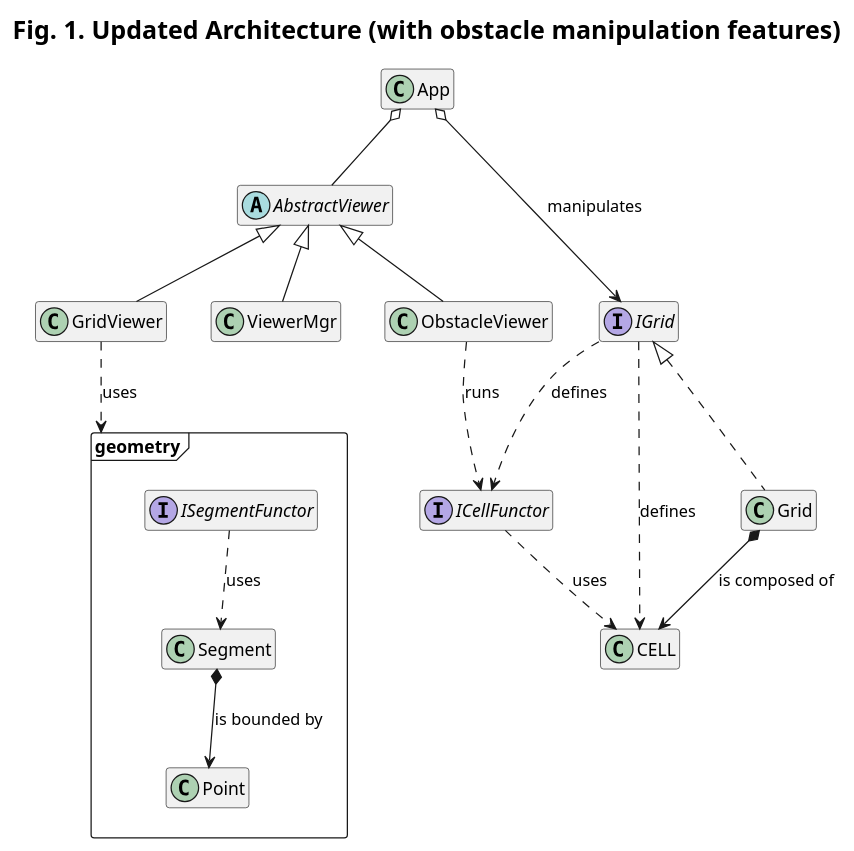
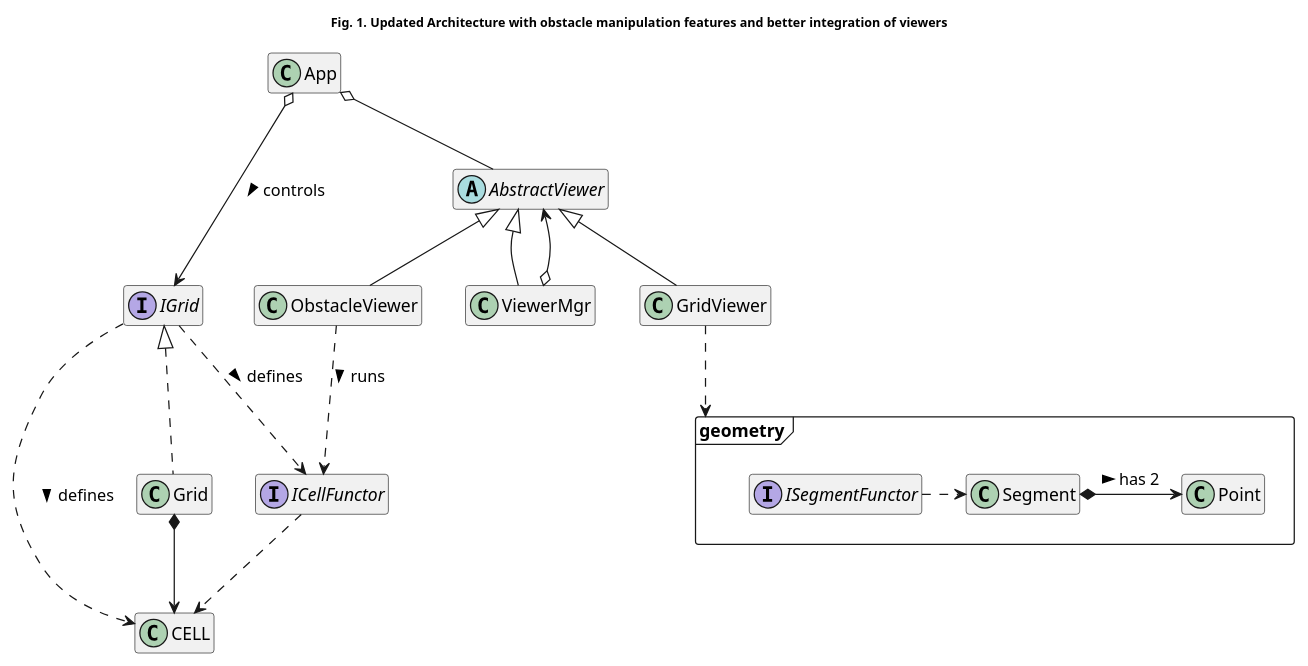
Before and after one commit to kanmeugne/kanmeugne.github.io: the first of 4 diagrams in _posts/modsim/2020-10-04-2d-grid-obstacles.md, drawn with PlantUML. The commit also changed other lines of this file and 2 other files, not shown here.

Commit message:
improve graphics and article structure

```diff
--- a/_posts/modsim/2020-10-04-2d-grid-obstacles.md
+++ b/_posts/modsim/2020-10-04-2d-grid-obstacles.md
@@ -19,73 +19,71 @@
 {% plantuml %}
 @startuml
-title: <size:20>Fig. 1. Updated Architecture (with obstacle manipulation features)</size>
+title: <size:10>Fig. 1. Updated Architecture with obstacle manipulation features and better integration of viewers</size>
 package geometry <<Frame>>
 {
     class Point {
         + int x
         + int y
     }
     class Segment {
         + Point init
         + Point end
     }
     interface ISegmentFunctor {
         + virtual void operator(const Segment&)
     }
 }
 interface ICellFunctor {
     + virtual void operator(const CELL)
 }
 abstract class AbstractViewer {
     + virtual void iActivate()
     + virtual void iDeactivate()
     + virtual void iIsActive() const
     + virtual void iSetApp(App*)
     + virtual void iDisplay();
     # {abstract} virtual void iDraw()
     # bool _active = false
 }
 class App {
-    ...
-    .. obstacle-related actions ..
     + void addObstacle(int, int)
     + void removeObstacle(int, int)
 }
 class CELL {
     + int id
     + int state
 }
 class GridViewer extends AbstractViewer {
     - void drawLines(geometry::ISegmentFunctor&)
     + void initialize()
 }
 class ViewerMgr extends AbstractViewer {
-    - vector<AbstractManager*> viewers
     + void iAddViewer(AbstractManager*)
 }
 class ObstacleViewer extends AbstractViewer {
     - drawObstacles(ICellFunctor&)
 }
 interface IGrid {
     ...
     .. functor broadcast ..
 	+ virtual void iApplyOnCells(ICellFunctor&) const
 }
 class Grid implements IGrid {
     - int resx
     - int resy
     - int sizex
     - int sizey
 }
-IGrid ..> CELL : defines
-Grid *--> CELL : is composed of
-App o--> IGrid : manipulates
+IGrid ..> CELL : defines >
+Grid *--> CELL 
+App o-> IGrid : controls >
 App o-- AbstractViewer
-Segment *--> Point : is bounded by
-ISegmentFunctor ..> Segment : uses
-GridViewer ..> geometry : uses
-IGrid ..> ICellFunctor : defines
-ICellFunctor ..> CELL : uses
-ObstacleViewer ..> ICellFunctor : runs
+ViewerMgr o--> AbstractViewer
+Segment *-> Point : has 2 >
+ISegmentFunctor .> Segment
+GridViewer ..> geometry
+IGrid ..> ICellFunctor : defines >
+ICellFunctor ..> CELL
+ObstacleViewer ..> ICellFunctor : runs >
 hide members
 {% endplantuml %}
```
